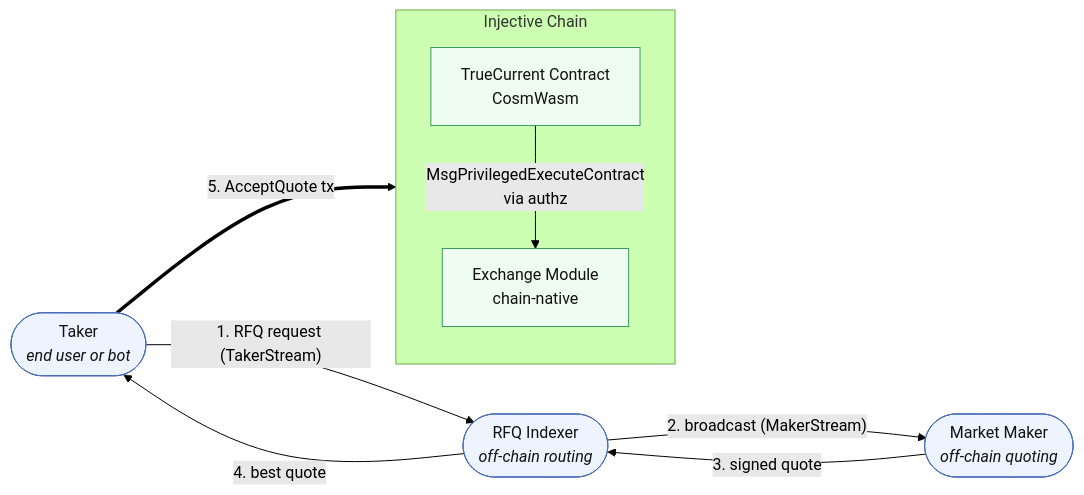
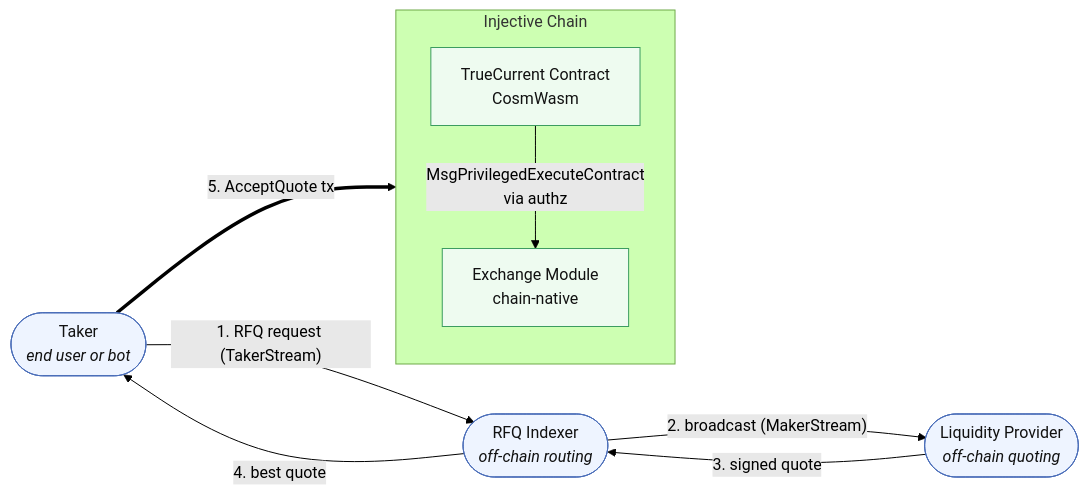
The first of 2 diagrams in mintlify/technical/architecture.md (TrueCurrent/truecurrent-docs), drawn with Mermaid (forest theme) before and after one commit. The commit also changed other lines of this file and 11 other files, not shown here.

Commit message:
docs: 150 convert more references to market makers to liquidity providers

````diff
--- a/mintlify/technical/architecture.md
+++ b/mintlify/technical/architecture.md
@@ -13,24 +13,24 @@
 ```mermaid
 flowchart LR
     Taker(["Taker<br/><i>end user or bot</i>"])
     Indexer(["RFQ Indexer<br/><i>off-chain routing</i>"])
-    MM(["Market Maker<br/><i>off-chain quoting</i>"])
+    MM(["Liquidity Provider<br/><i>off-chain quoting</i>"])
 
     subgraph Injective["Injective Chain"]
         direction TB
         Contract["TrueCurrent Contract<br/>CosmWasm"]
         Exchange["Exchange Module<br/>chain-native"]
         Contract -->|MsgPrivilegedExecuteContract<br/>via authz| Exchange
     end
 
     Taker -->|"1. RFQ request (TakerStream)"| Indexer
     Indexer -->|"2. broadcast (MakerStream)"| MM
     MM -->|"3. signed quote"| Indexer
     Indexer -->|"4. best quote"| Taker
     Taker ==>|"5. AcceptQuote tx"| Contract
 
     classDef offchain fill:#eef4ff,stroke:#4a6db8,color:#111
     classDef onchain fill:#eefbf0,stroke:#3c9c60,color:#111
     class Taker,Indexer,MM offchain
     class Contract,Exchange onchain
 ```
````
